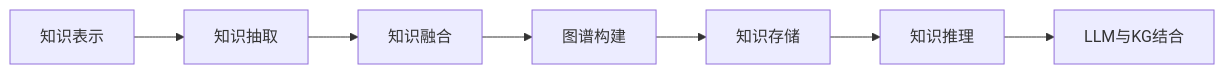
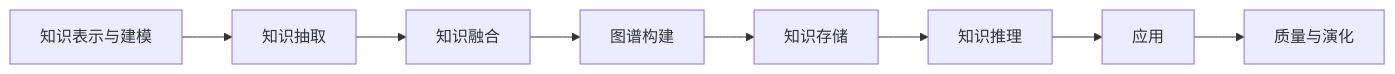
One commit to wenyuexin/MachineLearning changed the diagram in knowledge-graph/overview.md. Above: the diagram before and after it, drawn with Mermaid. The commit also changed other lines of this file and 177 other files, not shown here.

````diff
--- a/knowledge-graph/overview.md
+++ b/knowledge-graph/overview.md
@@ -5,9 +5,10 @@
 ```mermaid
 flowchart LR
-    A[知识表示] --> B[知识抽取]
+    A[知识表示与建模] --> B[知识抽取]
     B --> C[知识融合]
     C --> D[图谱构建]
     D --> E[知识存储]
     E --> F[知识推理]
-    F --> G[LLM与KG结合]
+    F --> G[应用]
+    G --> H[质量与演化]
 ```
````
